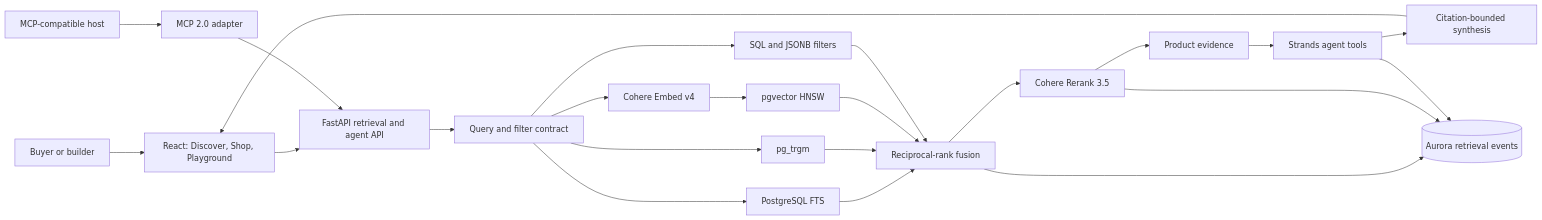
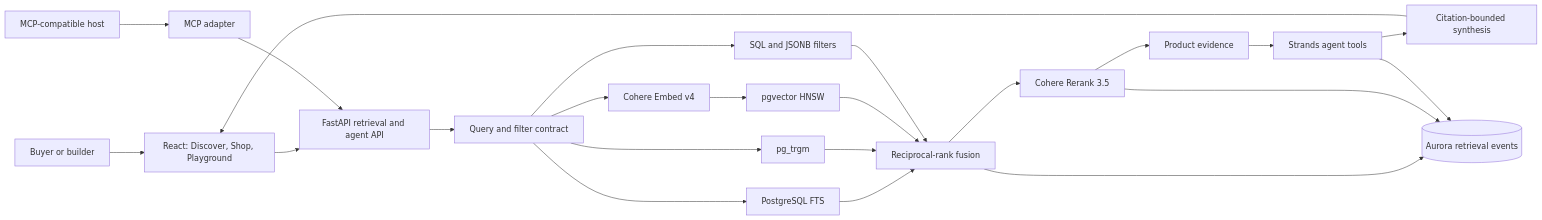
Before and after one commit to aws-samples/sample-agentic-hybrid-retrieval-aurora-postgresql: the diagram in README.md, drawn with Mermaid. The commit also changed other lines of this file and 17 other files, not shown here.

````diff
--- a/README.md
+++ b/README.md
@@ -245,28 +251,28 @@
 ```mermaid
 flowchart LR
     U[Buyer or builder] --> UI[React: Discover, Shop, Playground]
     UI --> API[FastAPI retrieval and agent API]
-    H[MCP-compatible host] --> MCP[MCP 2.0 adapter]
+    H[MCP-compatible host] --> MCP[MCP adapter]
     MCP --> API
 
     API --> Q[Query and filter contract]
     Q --> FTS[PostgreSQL FTS]
     Q --> TRI[pg_trgm]
     Q --> EMB[Cohere Embed v4]
     EMB --> HNSW[pgvector HNSW]
     Q --> FIL[SQL and JSONB filters]
 
     FTS --> RRF[Reciprocal-rank fusion]
     TRI --> RRF
     HNSW --> RRF
     FIL --> RRF
     RRF --> RR[Cohere Rerank 3.5]
     RR --> EV[Product evidence]
     EV --> AG[Strands agent tools]
     AG --> SYN[Citation-bounded synthesis]
     SYN --> UI
 
     RRF --> AUDIT[(Aurora retrieval events)]
     RR --> AUDIT
     AG --> AUDIT
 ```
````
